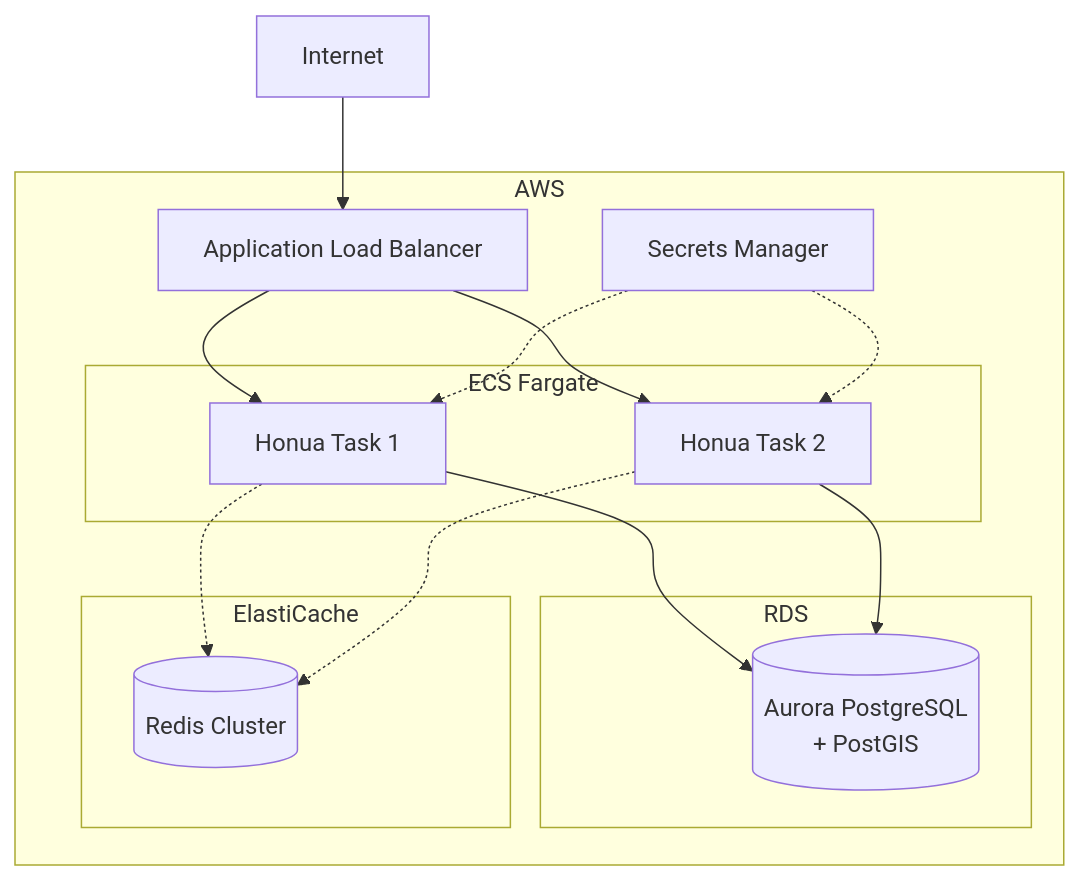
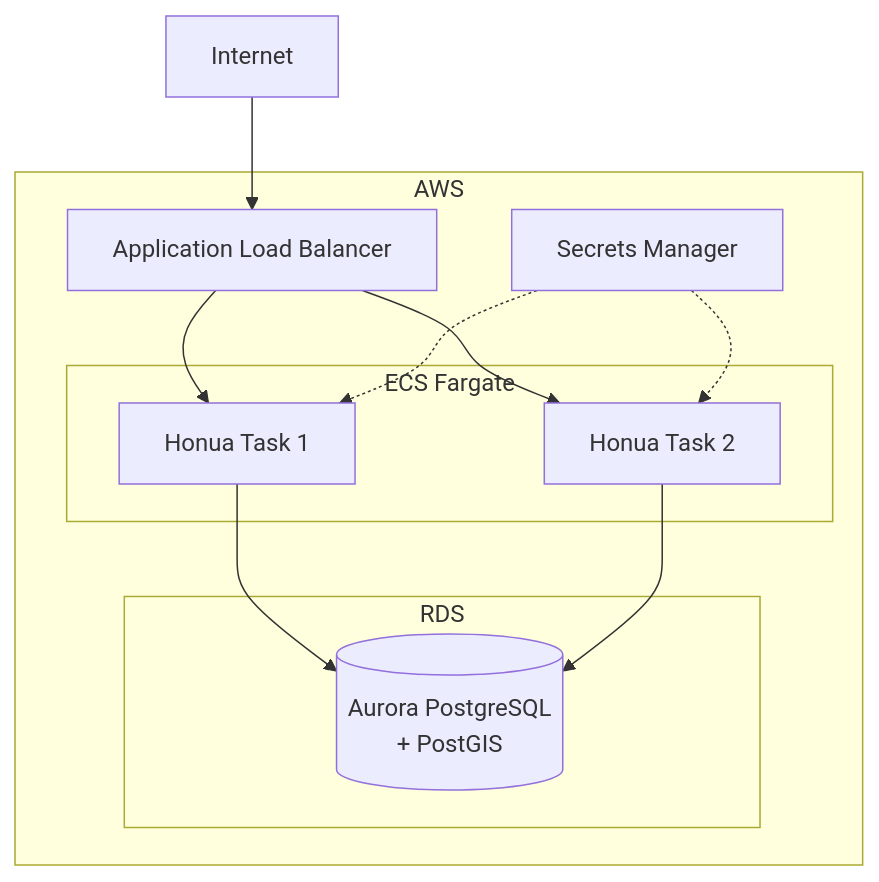
One commit to honua-io/honua-server changed diagram 12 of 12 in docs/concepts/architecture-diagrams.md. Above: the diagram before and after it, drawn with Mermaid. The commit also changed other lines of this file and 30 other files, not shown here.

````diff
--- a/docs/concepts/architecture-diagrams.md
+++ b/docs/concepts/architecture-diagrams.md
@@ -516,33 +506,27 @@
 ```mermaid
 graph TB
     subgraph "AWS"
         ALB[Application Load Balancer]
 
         subgraph "ECS Fargate"
             Task1[Honua Task 1]
             Task2[Honua Task 2]
         end
 
         subgraph "RDS"
             Aurora[(Aurora PostgreSQL<br/>+ PostGIS)]
         end
 
-        subgraph "ElastiCache"
-            RedisCluster[(Redis Cluster)]
-        end
-
         SecretsManager[Secrets Manager]
     end
 
     Internet[Internet] --> ALB
     ALB --> Task1
     ALB --> Task2
 
     Task1 --> Aurora
     Task2 --> Aurora
-    Task1 -.-> RedisCluster
-    Task2 -.-> RedisCluster
 
     SecretsManager -.-> Task1
     SecretsManager -.-> Task2
 ```
````
